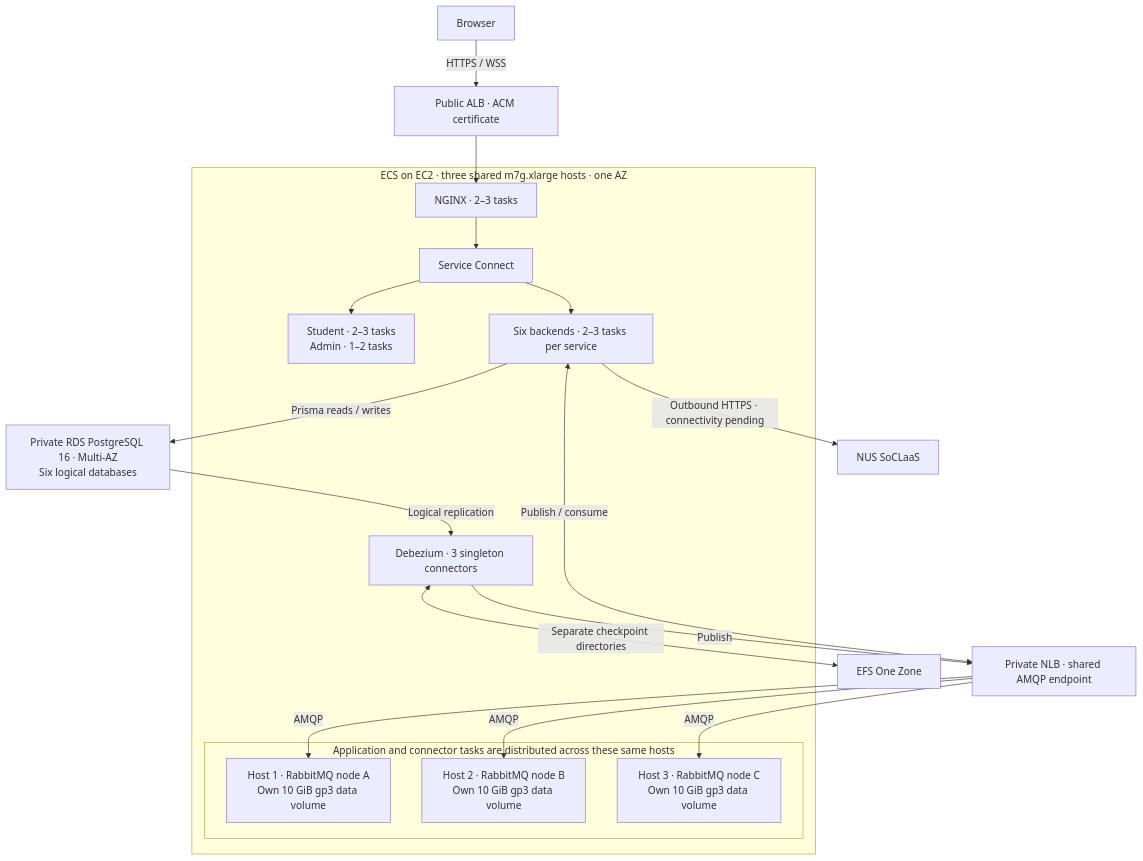
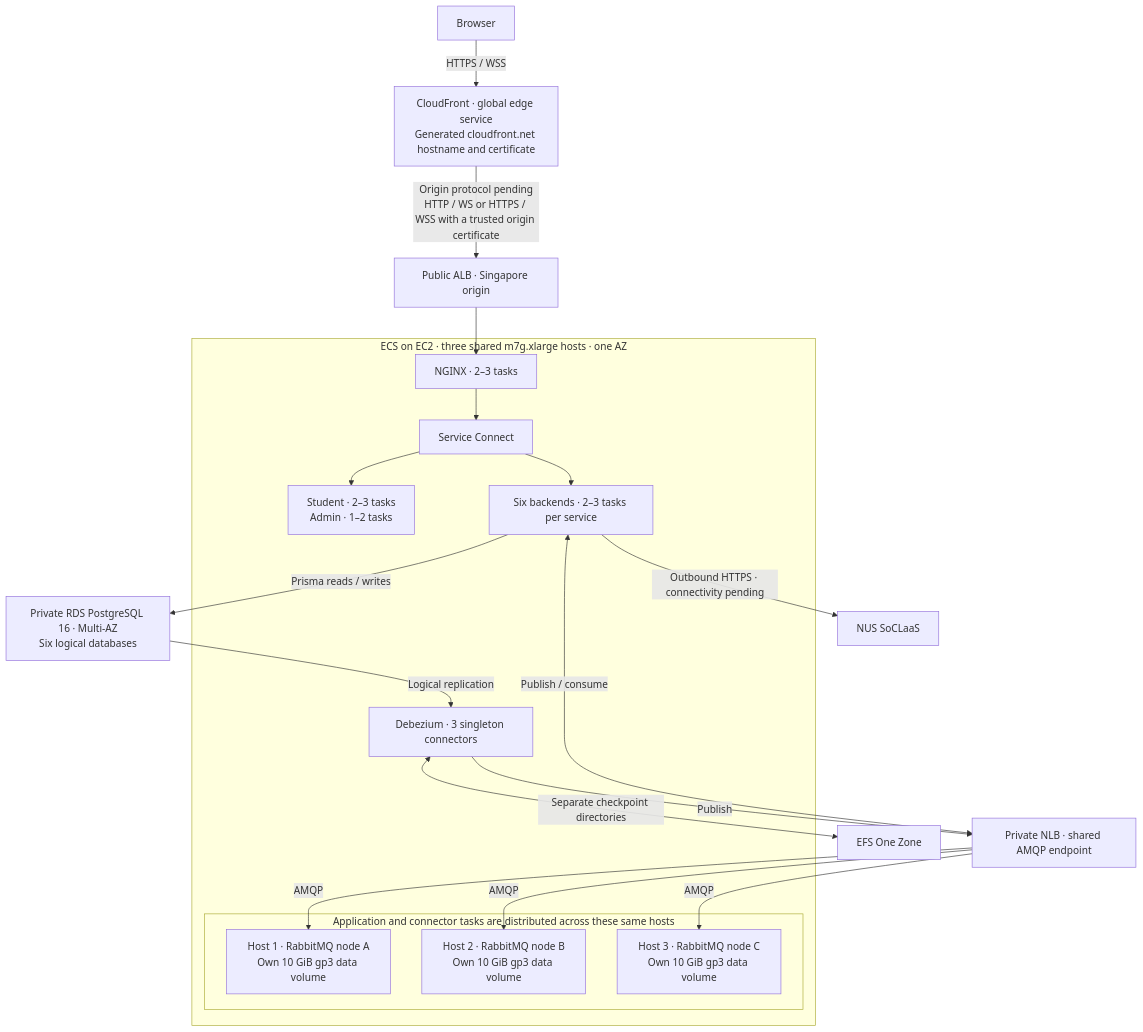
The diagram in docs/new-cloud-architecture-guide.md (AY2627S1-CS3219-P25/friend-on-campus), drawn with Mermaid before and after one commit. The commit also changed other lines of this file and 3 other files, not shown here.

Commit message:
Add cloudfront into cloud architecture

````diff
--- a/docs/new-cloud-architecture-guide.md
+++ b/docs/new-cloud-architecture-guide.md
@@ -49,26 +53,27 @@
 ```mermaid
 %% AI-generated (edited by ngkhengyang)
 flowchart TB
-    Browser["Browser"] -->|"HTTPS / WSS"| ALB["Public ALB · ACM certificate"]
+    Browser["Browser"] -->|"HTTPS / WSS"| CF["CloudFront · global edge service<br/>Generated cloudfront.net hostname and certificate"]
+    CF -->|"Origin protocol pending<br/>HTTP / WS or HTTPS / WSS with a trusted origin certificate"| ALB["Public ALB · Singapore origin"]
     subgraph Fleet["ECS on EC2 · three shared m7g.xlarge hosts · one AZ"]
         NGINX["NGINX · 2–3 tasks"] --> SC["Service Connect"]
         SC --> FE["Student · 2–3 tasks<br/>Admin · 1–2 tasks"]
         SC --> API["Six backends · 2–3 tasks per service"]
         CDC["Debezium · 3 singleton connectors"]
         subgraph Hosts["Application and connector tasks are distributed across these same hosts"]
             H1["Host 1 · RabbitMQ node A<br/>Own 10 GiB gp3 data volume"]
             H2["Host 2 · RabbitMQ node B<br/>Own 10 GiB gp3 data volume"]
             H3["Host 3 · RabbitMQ node C<br/>Own 10 GiB gp3 data volume"]
         end
     end
     ALB --> NGINX
     API -->|"Prisma reads / writes"| RDS["Private RDS PostgreSQL 16 · Multi-AZ<br/>Six logical databases"]
     RDS -->|"Logical replication"| CDC
     CDC <-->|"Separate checkpoint directories"| EFS["EFS One Zone"]
     CDC -->|"Publish"| NLB["Private NLB · shared AMQP endpoint"]
     API <-->|"Publish / consume"| NLB
     NLB -->|"AMQP"| H1
     NLB -->|"AMQP"| H2
     NLB -->|"AMQP"| H3
     API -->|"Outbound HTTPS · connectivity pending"| SoCLaaS["NUS SoCLaaS"]
 ```
````
